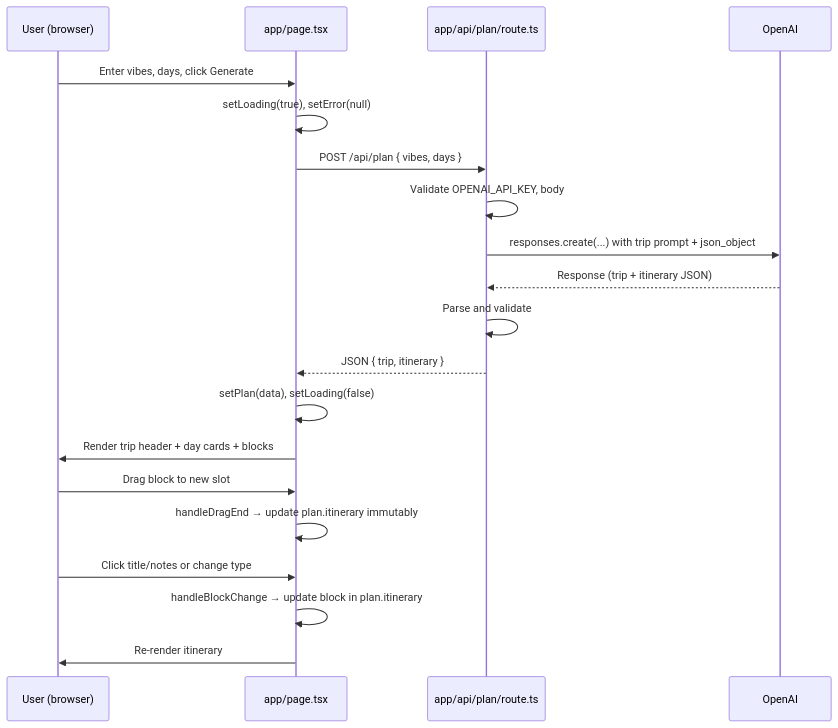
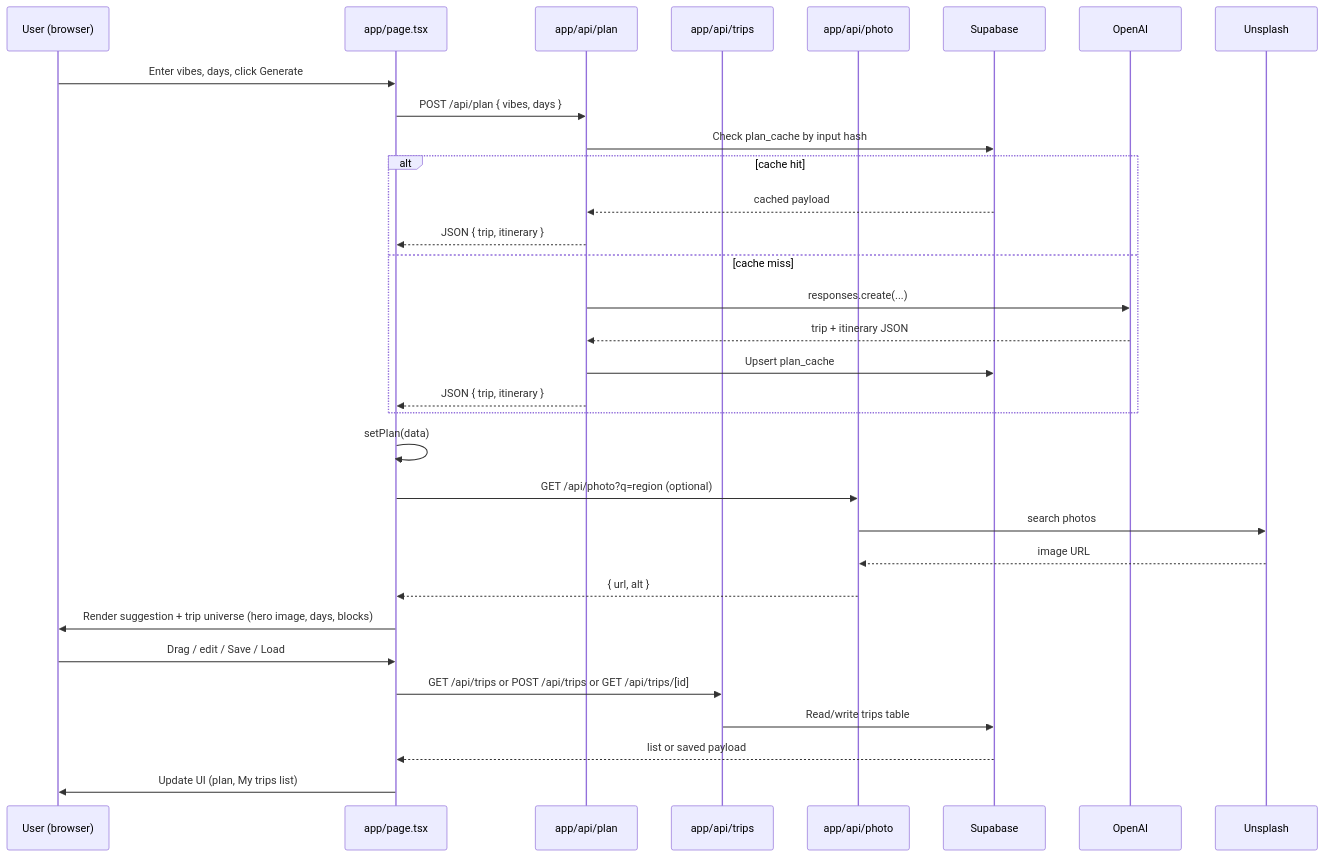
Before and after one commit to RaphLed/travel-planner: the second of 4 diagrams in docs/how-it-works.md, drawn with Mermaid. The commit also changed other lines of this file and 15 other files, not shown here.

Commit message:
feat: DragOverlay + screen reader instructions for itinerary drag-and-drop

````diff
--- a/docs/how-it-works.md
+++ b/docs/how-it-works.md
@@ -26,23 +26,35 @@
 ```mermaid
 sequenceDiagram
   participant U as User (browser)
   participant P as app/page.tsx
-  participant API as app/api/plan/route.ts
+  participant PlanAPI as app/api/plan
+  participant TripsAPI as app/api/trips
+  participant PhotoAPI as app/api/photo
+  participant Supabase as Supabase
   participant OAI as OpenAI
+  participant Unsplash as Unsplash
 
   U->>P: Enter vibes, days, click Generate
-  P->>P: setLoading(true), setError(null)
-  P->>API: POST /api/plan { vibes, days }
-  API->>API: Validate OPENAI_API_KEY, body
-  API->>OAI: responses.create(...) with trip prompt + json_object
-  OAI-->>API: Response (trip + itinerary JSON)
-  API->>API: Parse and validate
-  API-->>P: JSON { trip, itinerary }
-  P->>P: setPlan(data), setLoading(false)
-  P->>U: Render trip header + day cards + blocks
-  U->>P: Drag block to new slot
-  P->>P: handleDragEnd → update plan.itinerary immutably
-  U->>P: Click title/notes or change type
-  P->>P: handleBlockChange → update block in plan.itinerary
-  P->>U: Re-render itinerary
+  P->>PlanAPI: POST /api/plan { vibes, days }
+  PlanAPI->>Supabase: Check plan_cache by input hash
+  alt cache hit
+    Supabase-->>PlanAPI: cached payload
+    PlanAPI-->>P: JSON { trip, itinerary }
+  else cache miss
+    PlanAPI->>OAI: responses.create(...)
+    OAI-->>PlanAPI: trip + itinerary JSON
+    PlanAPI->>Supabase: Upsert plan_cache
+    PlanAPI-->>P: JSON { trip, itinerary }
+  end
+  P->>P: setPlan(data)
+  P->>PhotoAPI: GET /api/photo?q=region (optional)
+  PhotoAPI->>Unsplash: search photos
+  Unsplash-->>PhotoAPI: image URL
+  PhotoAPI-->>P: { url, alt }
+  P->>U: Render suggestion + trip universe (hero image, days, blocks)
+  U->>P: Drag / edit / Save / Load
+  P->>TripsAPI: GET /api/trips or POST /api/trips or GET /api/trips/[id]
+  TripsAPI->>Supabase: Read/write trips table
+  Supabase-->>P: list or saved payload
+  P->>U: Update UI (plan, My trips list)
 ```
````
